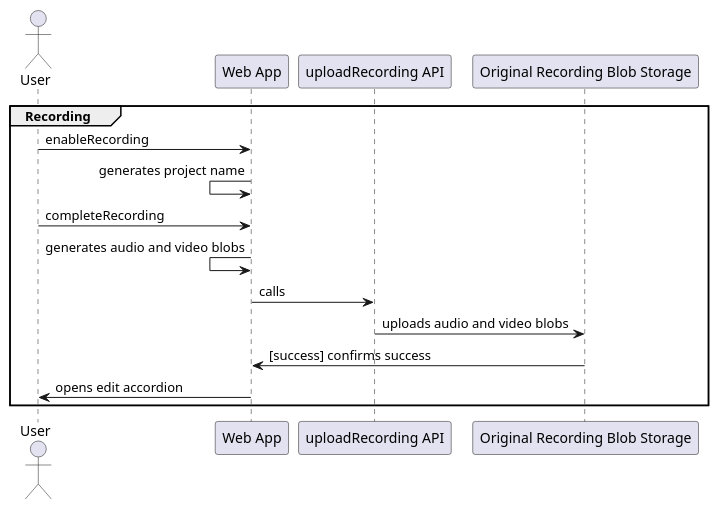
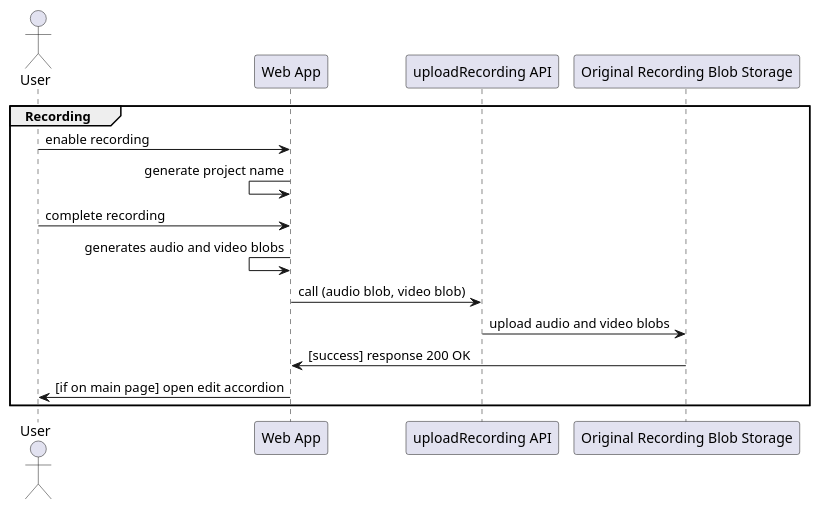
One commit to jennifer-platt/ECM2429-UML changed the diagram in examples/recording.puml. Above: the diagram before and after it, drawn with PlantUML. The commit also changed 2 other files, not shown here.

```diff
--- a/examples/recording.puml
+++ b/examples/recording.puml
@@ -1,18 +1,18 @@
 @startuml system-flow_enter-test-result-code
 
 Actor User
 
 group Recording
-User -> "Web App": enableRecording
-"Web App" <- "Web App": generates project name
-User -> "Web App": completeRecording
+User -> "Web App": enable recording
+"Web App" <- "Web App": generate project name
+User -> "Web App": complete recording
 
 "Web App" <- "Web App": generates audio and video blobs
-"Web App" -> "uploadRecording API": calls
-"uploadRecording API" -> "Original Recording Blob Storage": uploads audio and video blobs
-"Web App" <- "Original Recording Blob Storage": [success] confirms success
-User <- "Web App": opens edit accordion
+"Web App" -> "uploadRecording API": call (audio blob, video blob)
+"uploadRecording API" -> "Original Recording Blob Storage": upload audio and video blobs
+"Web App" <- "Original Recording Blob Storage": [success] response 200 OK
+User <- "Web App": [if on main page] open edit accordion
 
 end
 
 @enduml
```
